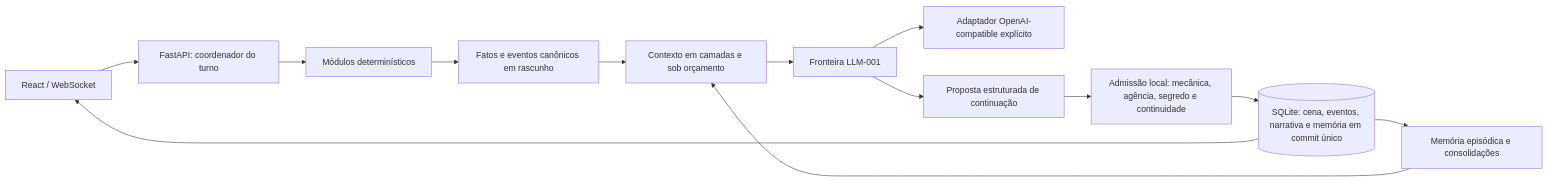
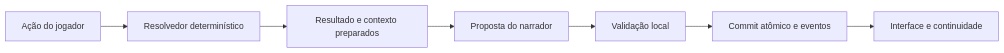
The diagram in README.md (CHCLopes/Agente-Storyteller-VampireTheMasqueradeV5), drawn with Mermaid before and after one commit. The commit also changed other lines of this file, not shown here.

````diff
--- a/README.md
+++ b/README.md
@@ -59,15 +71,9 @@
 ```mermaid
 flowchart LR
-    UI[React / WebSocket] --> API[FastAPI: coordenador do turno]
-    API --> RULES[Módulos determinísticos]
-    RULES --> DRAFT[Fatos e eventos canônicos em rascunho]
-    DRAFT --> CTX[Contexto em camadas e sob orçamento]
-    CTX --> LLM[Fronteira LLM-001]
-    LLM --> ADAPTER[Adaptador OpenAI-compatible explícito]
-    LLM --> PROPOSAL[Proposta estruturada de continuação]
-    PROPOSAL --> ADMIT[Admissão local: mecânica, agência, segredo e continuidade]
-    ADMIT --> TX[(SQLite: cena, eventos, narrativa e memória em commit único)]
-    TX --> UI
-    TX --> RETRIEVE[Memória episódica e consolidações]
-    RETRIEVE --> CTX
+    A[Ação do jogador] --> B[Resolvedor determinístico]
+    B --> C[Resultado e contexto preparados]
+    C --> D[Proposta do narrador]
+    D --> E[Validação local]
+    E --> F[Commit atômico e eventos]
+    F --> G[Interface e continuidade]
 ```
````
